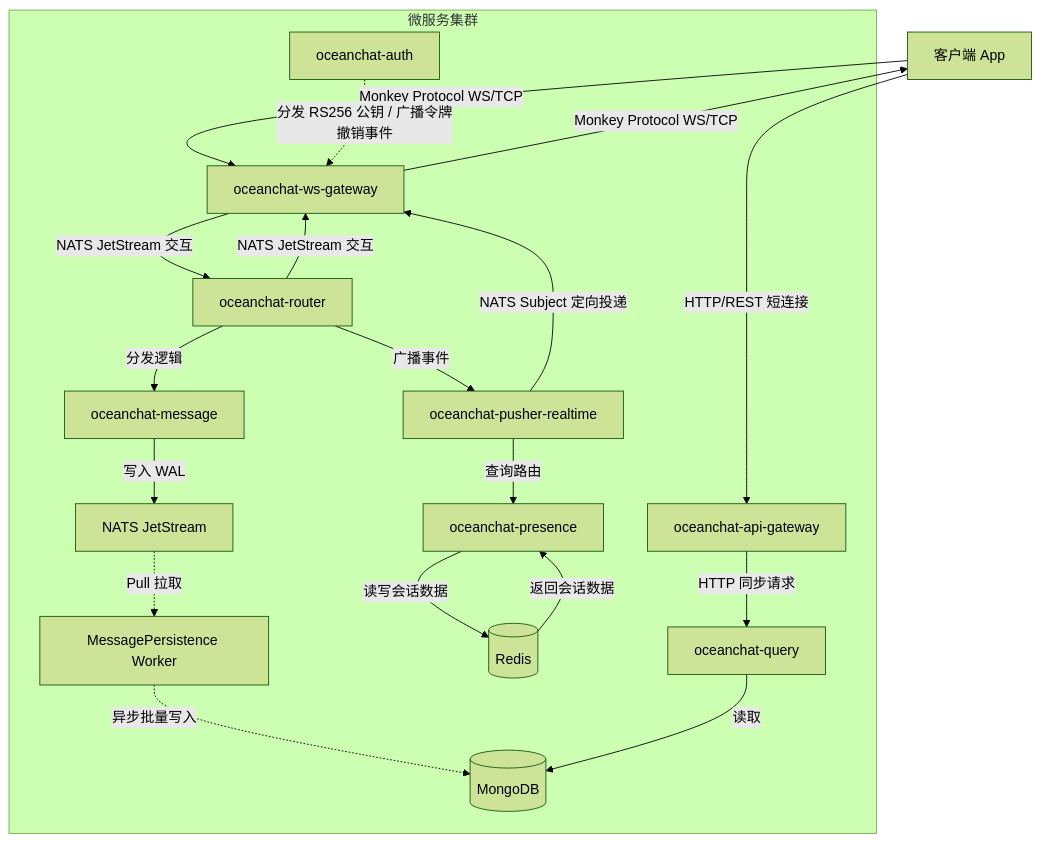
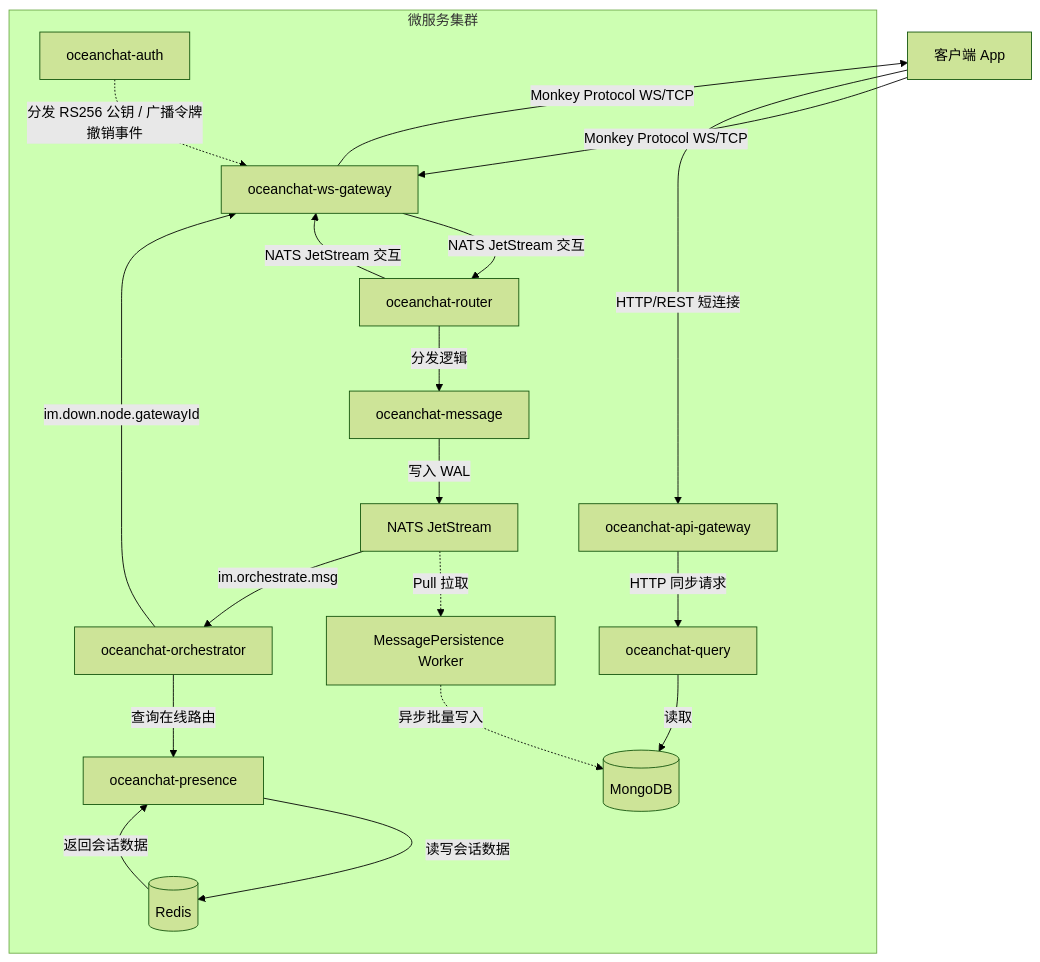
The first of 5 diagrams in i18n/zh-CN/docusaurus-plugin-content-docs/current/devdocs/Monkey Protocol/monkey-protocol-spec.md (JamesWilson19970101/ocean.chat.docs), drawn with Mermaid (forest theme) before and after one commit. The commit also changed other lines of this file and 5 other files, not shown here.

First line of the commit message:
docs: mark pusher-realtime reserved; orchestrator owns online fan-out

````diff
--- a/i18n/zh-CN/docusaurus-plugin-content-docs/current/devdocs/Monkey Protocol/monkey-protocol-spec.md
+++ b/i18n/zh-CN/docusaurus-plugin-content-docs/current/devdocs/Monkey Protocol/monkey-protocol-spec.md
@@ -55,27 +55,26 @@
 ```mermaid
 graph TD
     Client[客户端 App] -->|Monkey Protocol WS/TCP| Gateway[oceanchat-ws-gateway]
     Client -->|HTTP/REST 短连接| APIGateway[oceanchat-api-gateway]
     Gateway -->|Monkey Protocol WS/TCP| Client
 
     subgraph 微服务集群
         Auth[oceanchat-auth] -.->|分发 RS256 公钥 / 广播令牌撤销事件| Gateway
         Gateway -->|NATS JetStream 交互| Router[oceanchat-router]
         Router -->|NATS JetStream 交互| Gateway
 
         Router -->|分发逻辑| Message[oceanchat-message]
         Message -->|写入 WAL| NATS[NATS JetStream]
         NATS -.->|Pull 拉取| Worker[MessagePersistence Worker]
         Worker -.->|异步批量写入| MongoDB[(MongoDB)]
 
-        Router -->|广播事件| Pusher[oceanchat-pusher-realtime]
-        Pusher -->|查询路由| Presence[oceanchat-presence]
+        NATS -->|im.orchestrate.msg| Orch[oceanchat-orchestrator]
+        Orch -->|查询在线路由| Presence[oceanchat-presence]
         Presence -->|读写会话数据| Redis[(Redis)]
         Redis -->|返回会话数据| Presence
+        Orch -->|im.down.node.gatewayId| Gateway
 
         APIGateway -->|HTTP 同步请求| Query[oceanchat-query]
         Query -->|读取| MongoDB
     end
-
-    Pusher -->|NATS Subject 定向投递| Gateway
 ```
````
